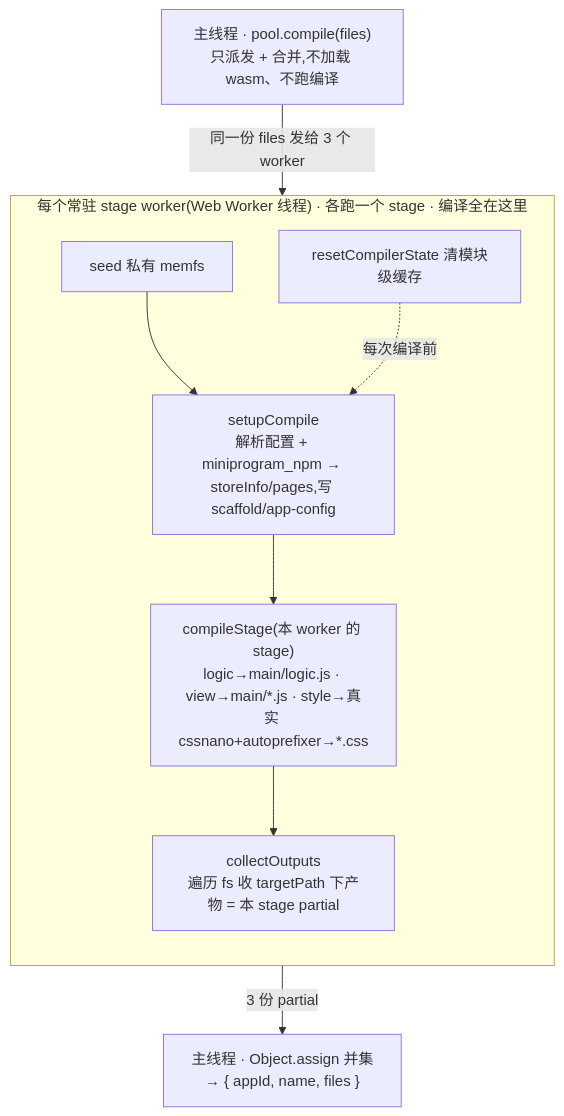
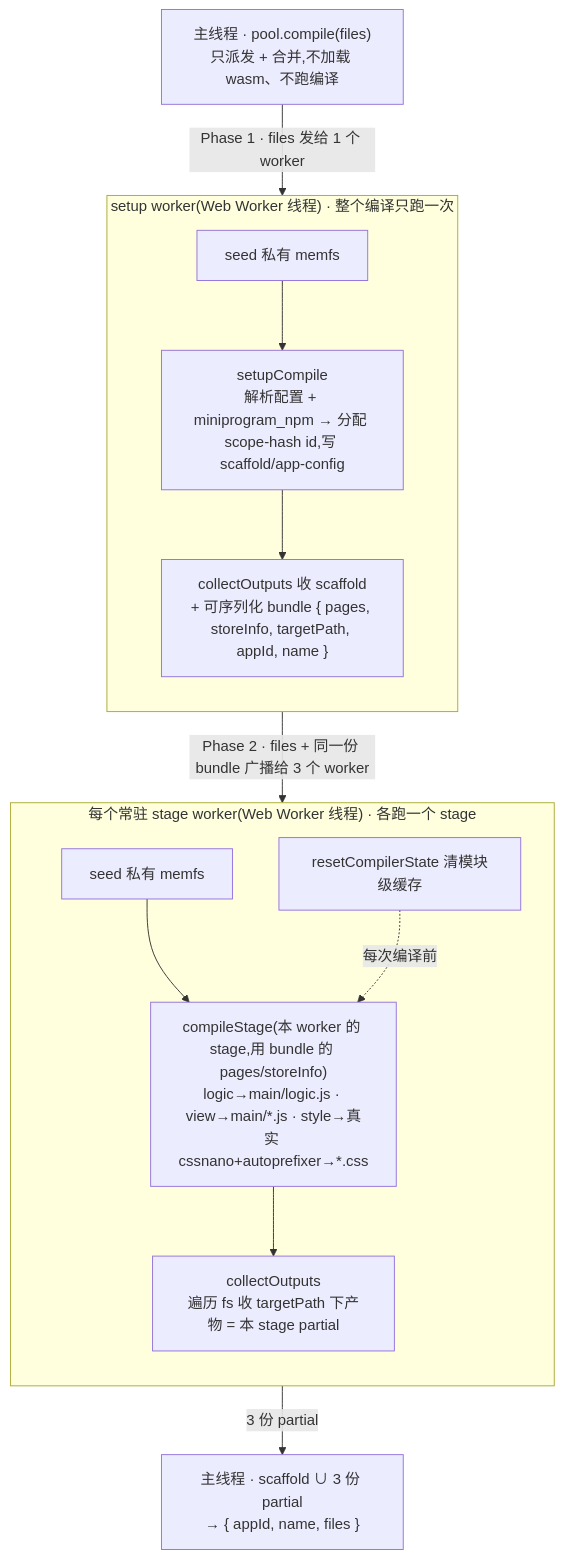
Before and after one commit to EchoTechFE/dimina-kit: the diagram in packages/compiler/README.md, drawn with Mermaid. The commit also changed other lines of this file and 4 other files, not shown here.

Commit message:
fix(compiler): 浏览器 pool setup 单跑一次广播 bundle,根治跨 stage scope-hash 不一致 (#98)

````diff
--- a/packages/compiler/README.md
+++ b/packages/compiler/README.md
@@ -213,13 +213,18 @@
 ```mermaid
 flowchart TD
   DISP["主线程 · pool.compile(files)<br/>只派发 + 合并,不加载 wasm、不跑编译"]
-  DISP -->|"同一份 files 发给 3 个 worker"| WK
-  subgraph WK["每个常驻 stage worker(Web Worker 线程) · 各跑一个 stage · 编译全在这里"]
+  DISP -->|"Phase 1 · files 发给 1 个 worker"| SETUP
+  subgraph SETUP["setup worker(Web Worker 线程) · 整个编译只跑一次"]
     direction TB
-    SRC["seed 私有 memfs"] --> SU["setupCompile<br/>解析配置 + miniprogram_npm → storeInfo/pages,写 scaffold/app-config"]
-    SU --> ST["compileStage(本 worker 的 stage)<br/>logic→main/logic.js · view→main/*.js · style→真实 cssnano+autoprefixer→*.css"]
+    SSRC["seed 私有 memfs"] --> SU["setupCompile<br/>解析配置 + miniprogram_npm → 分配 scope-hash id,写 scaffold/app-config"]
+    SU --> SC["collectOutputs 收 scaffold<br/>+ 可序列化 bundle { pages, storeInfo, targetPath, appId, name }"]
+  end
+  SETUP -->|"Phase 2 · files + 同一份 bundle 广播给 3 个 worker"| WK
+  subgraph WK["每个常驻 stage worker(Web Worker 线程) · 各跑一个 stage"]
+    direction TB
+    SRC["seed 私有 memfs"] --> ST["compileStage(本 worker 的 stage,用 bundle 的 pages/storeInfo)<br/>logic→main/logic.js · view→main/*.js · style→真实 cssnano+autoprefixer→*.css"]
     ST --> CO["collectOutputs<br/>遍历 fs 收 targetPath 下产物 = 本 stage partial"]
-    RS["resetCompilerState 清模块级缓存"] -.->|"每次编译前"| SU
+    RS["resetCompilerState 清模块级缓存"] -.->|"每次编译前"| ST
   end
-  WK -->|"3 份 partial"| MERGE["主线程 · Object.assign 并集<br/>→ { appId, name, files }"]
+  WK -->|"3 份 partial"| MERGE["主线程 · scaffold ∪ 3 份 partial<br/>→ { appId, name, files }"]
 ```
````
